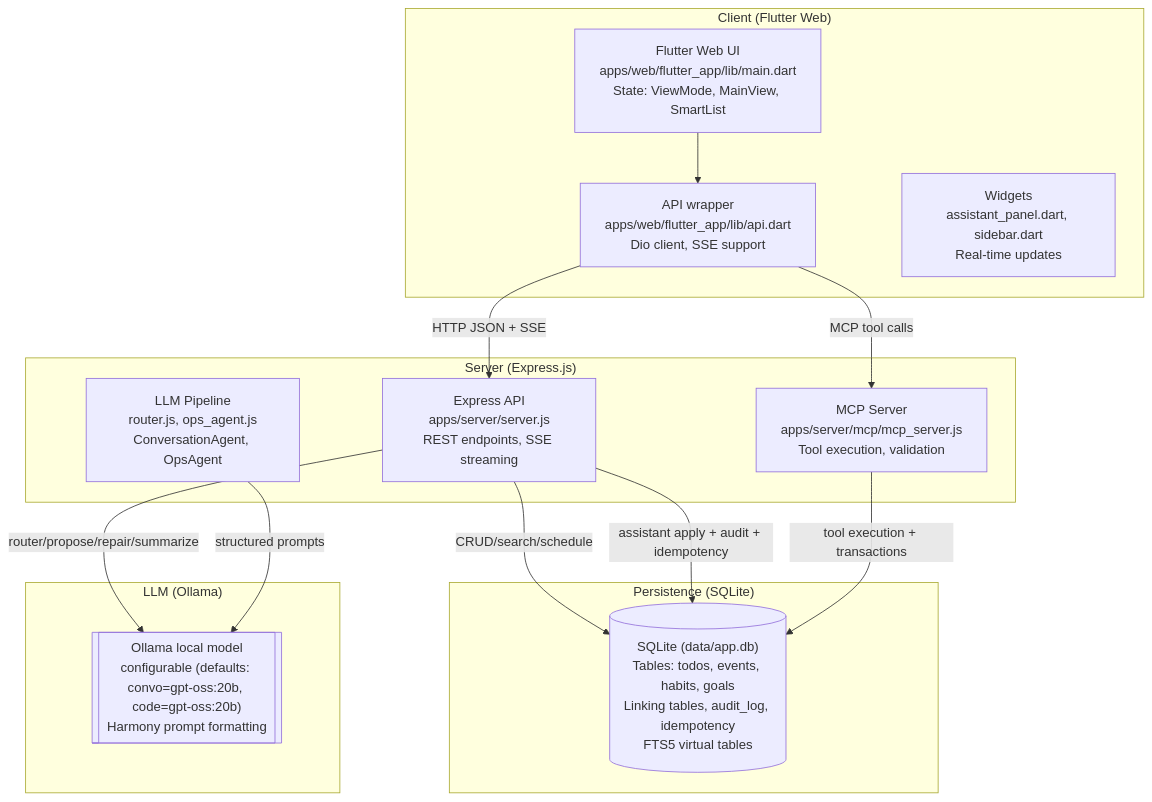
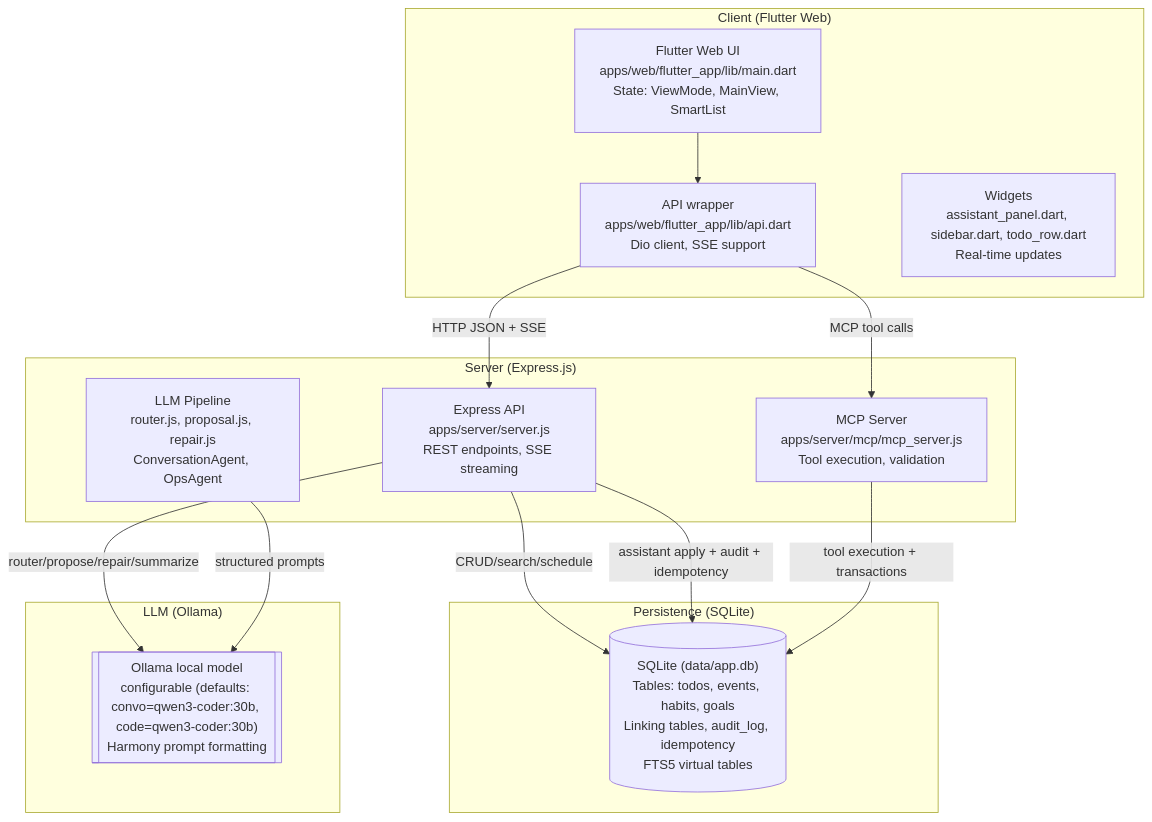
Before and after one commit to dantheman454/habit_app: the first of 2 diagrams in docs/mindmap/README.md, drawn with Mermaid. The commit also changed other lines of this file and 4 other files, not shown here.

First line of the commit message:
feat: enhance API surface and assistant chat flow with new MCP operations

````diff
--- a/docs/mindmap/README.md
+++ b/docs/mindmap/README.md
@@ -7,28 +7,28 @@
 ```mermaid
 graph TD
   subgraph "Client (Flutter Web)"
     A["Flutter Web UI\napps/web/flutter_app/lib/main.dart\nState: ViewMode, MainView, SmartList"]
     A2["API wrapper\napps/web/flutter_app/lib/api.dart\nDio client, SSE support"]
-    A3["Widgets\nassistant_panel.dart, sidebar.dart\nReal-time updates"]
+    A3["Widgets\nassistant_panel.dart, sidebar.dart, todo_row.dart\nReal-time updates"]
   end
   subgraph "Server (Express.js)"
     B["Express API\napps/server/server.js\nREST endpoints, SSE streaming"]
     B2["MCP Server\napps/server/mcp/mcp_server.js\nTool execution, validation"]
-    B3["LLM Pipeline\nrouter.js, ops_agent.js\nConversationAgent, OpsAgent"]
+    B3["LLM Pipeline\nrouter.js, proposal.js, repair.js\nConversationAgent, OpsAgent"]
   end
   subgraph "Persistence (SQLite)"
     P[("SQLite (data/app.db)\nTables: todos, events, habits, goals\nLinking tables, audit_log, idempotency\nFTS5 virtual tables")]
   end
   subgraph "LLM (Ollama)"
-    F[["Ollama local model\nconfigurable (defaults: convo=gpt-oss:20b, code=gpt-oss:20b)\nHarmony prompt formatting"]]
+    F[["Ollama local model\nconfigurable (defaults: convo=qwen3-coder:30b, code=qwen3-coder:30b)\nHarmony prompt formatting"]]
   end
 
   A --> A2
   A2 -->|"HTTP JSON + SSE"| B
   A2 -->|"MCP tool calls"| B2
   B -->|"CRUD/search/schedule"| P
   B -->|"assistant apply + audit + idempotency"| P
   B -->|"router/propose/repair/summarize"| F
   B2 -->|"tool execution + transactions"| P
   B3 -->|"structured prompts"| F
 ```
````
